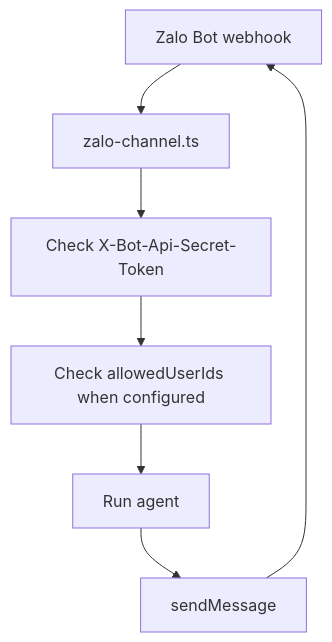
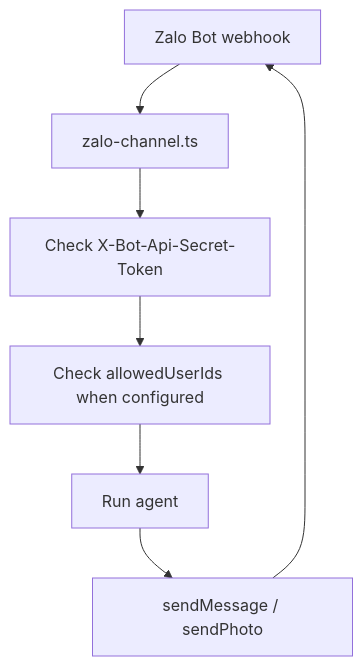
One commit to beeblastco/broods changed the diagram in apps/docs/docs/channels/zalo.md. Above: the diagram before and after it, drawn with Mermaid. The commit also changed other lines of this file and 4 other files, not shown here.

````diff
--- a/apps/docs/docs/channels/zalo.md
+++ b/apps/docs/docs/channels/zalo.md
@@ -42,9 +42,9 @@
 ```mermaid
 flowchart TD
   Zalo["Zalo Bot webhook"] --> Adapter["zalo-channel.ts"]
   Adapter --> Auth["Check X-Bot-Api-Secret-Token"]
   Auth --> Allow["Check allowedUserIds when configured"]
   Allow --> Agent["Run agent"]
-  Agent --> Reply["sendMessage"]
+  Agent --> Reply["sendMessage / sendPhoto"]
   Reply --> Zalo
 ```
````
